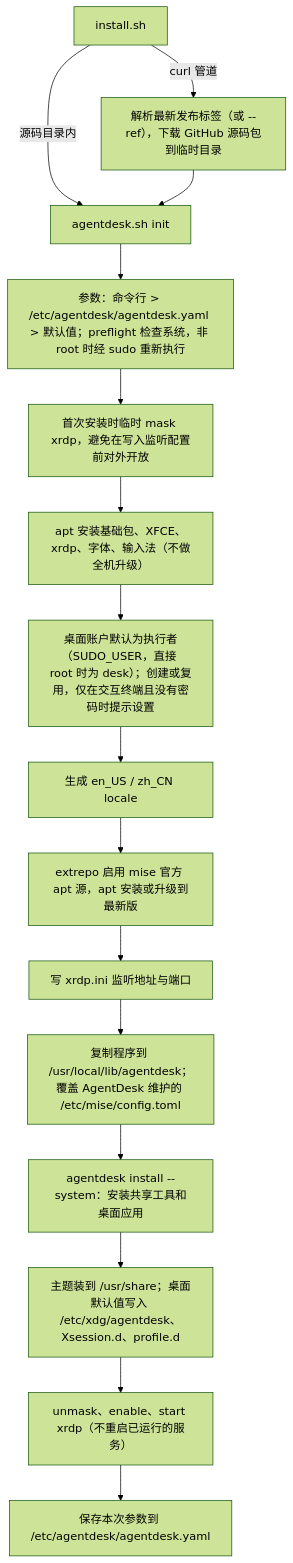
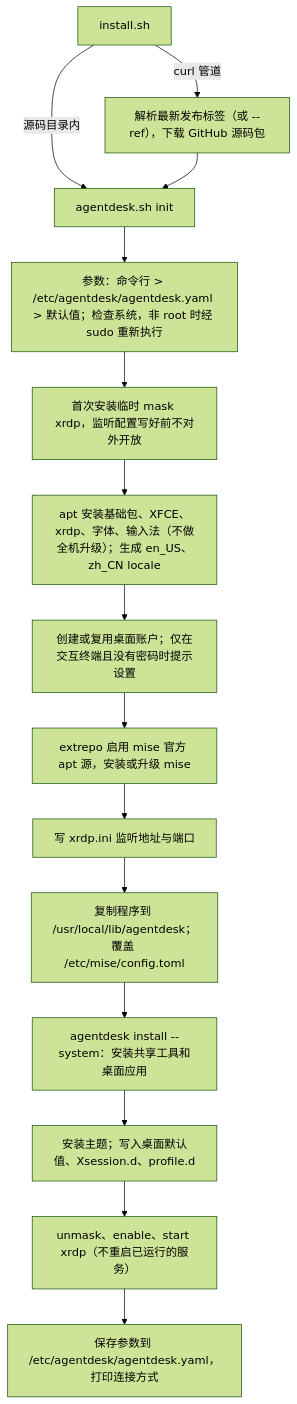
One commit to chinayin/agentdesk changed the diagram in docs/ARCHITECTURE.md. Above: the diagram before and after it, drawn with Mermaid (forest theme). The commit also changed other lines of this file and 8 other files, not shown here.

````diff
--- a/docs/ARCHITECTURE.md
+++ b/docs/ARCHITECTURE.md
@@ -30,17 +27,16 @@
 ```mermaid
 flowchart TD
     A["install.sh"] -->|源码目录内| C["agentdesk.sh init"]
-    A -->|curl 管道| B["解析最新发布标签（或 --ref），下载 GitHub 源码包到临时目录"] --> C
-    C --> P["参数：命令行 > /etc/agentdesk/agentdesk.yaml > 默认值；preflight 检查系统，非 root 时经 sudo 重新执行"]
-    P --> M["首次安装时临时 mask xrdp，避免在写入监听配置前对外开放"]
-    M --> K["apt 安装基础包、XFCE、xrdp、字体、输入法（不做全机升级）"]
-    K --> U["桌面账户默认为执行者（SUDO_USER，直接 root 时为 desk）；创建或复用，仅在交互终端且没有密码时提示设置"]
-    U --> L["生成 en_US / zh_CN locale"]
-    L --> Z["extrepo 启用 mise 官方 apt 源，apt 安装或升级到最新版"]
+    A -->|curl 管道| B["解析最新发布标签（或 --ref），下载 GitHub 源码包"] --> C
+    C --> P["参数：命令行 > /etc/agentdesk/agentdesk.yaml > 默认值；检查系统，非 root 时经 sudo 重新执行"]
+    P --> M["首次安装临时 mask xrdp，监听配置写好前不对外开放"]
+    M --> K["apt 安装基础包、XFCE、xrdp、字体、输入法（不做全机升级）；生成 en_US、zh_CN locale"]
+    K --> U["创建或复用桌面账户；仅在交互终端且没有密码时提示设置"]
+    U --> Z["extrepo 启用 mise 官方 apt 源，安装或升级 mise"]
     Z --> R["写 xrdp.ini 监听地址与端口"]
-    R --> I["复制程序到 /usr/local/lib/agentdesk；覆盖 AgentDesk 维护的 /etc/mise/config.toml"]
+    R --> I["复制程序到 /usr/local/lib/agentdesk；覆盖 /etc/mise/config.toml"]
     I --> S["agentdesk install --system：安装共享工具和桌面应用"]
-    S --> D["主题装到 /usr/share；桌面默认值写入 /etc/xdg/agentdesk、Xsession.d、profile.d"]
+    S --> D["安装主题；写入桌面默认值、Xsession.d、profile.d"]
     D --> E["unmask、enable、start xrdp（不重启已运行的服务）"]
-    E --> W["保存本次参数到 /etc/agentdesk/agentdesk.yaml"]
+    E --> W["保存参数到 /etc/agentdesk/agentdesk.yaml，打印连接方式"]
 ```
````
